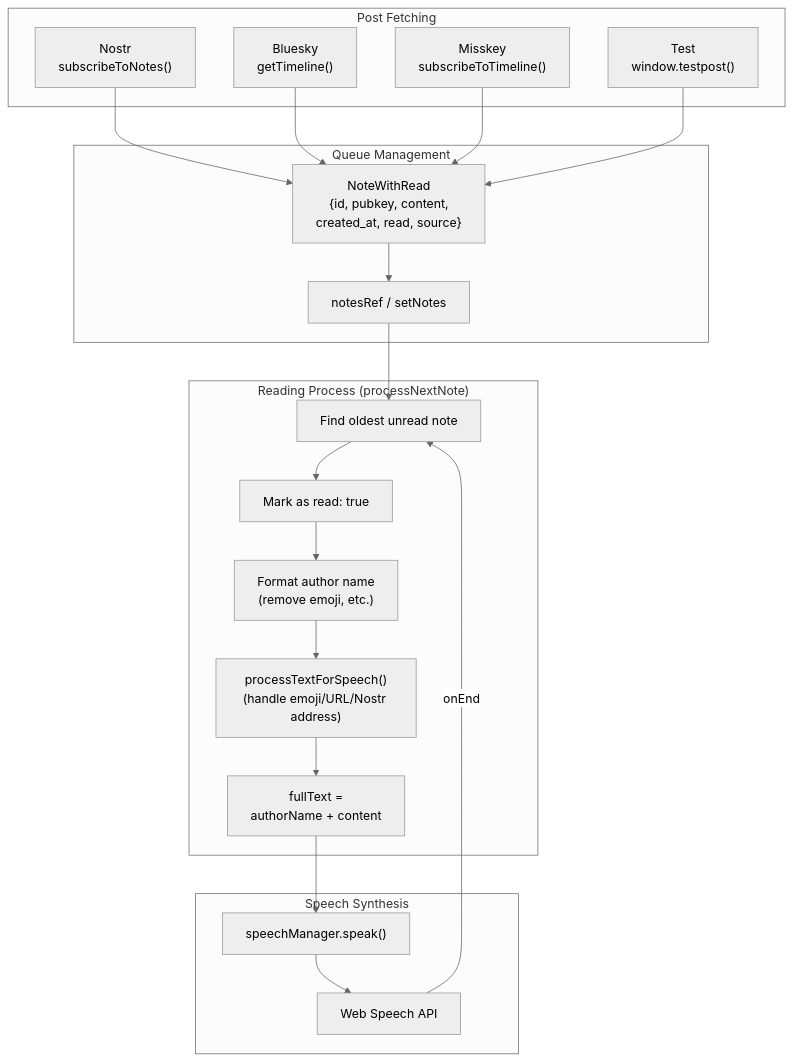
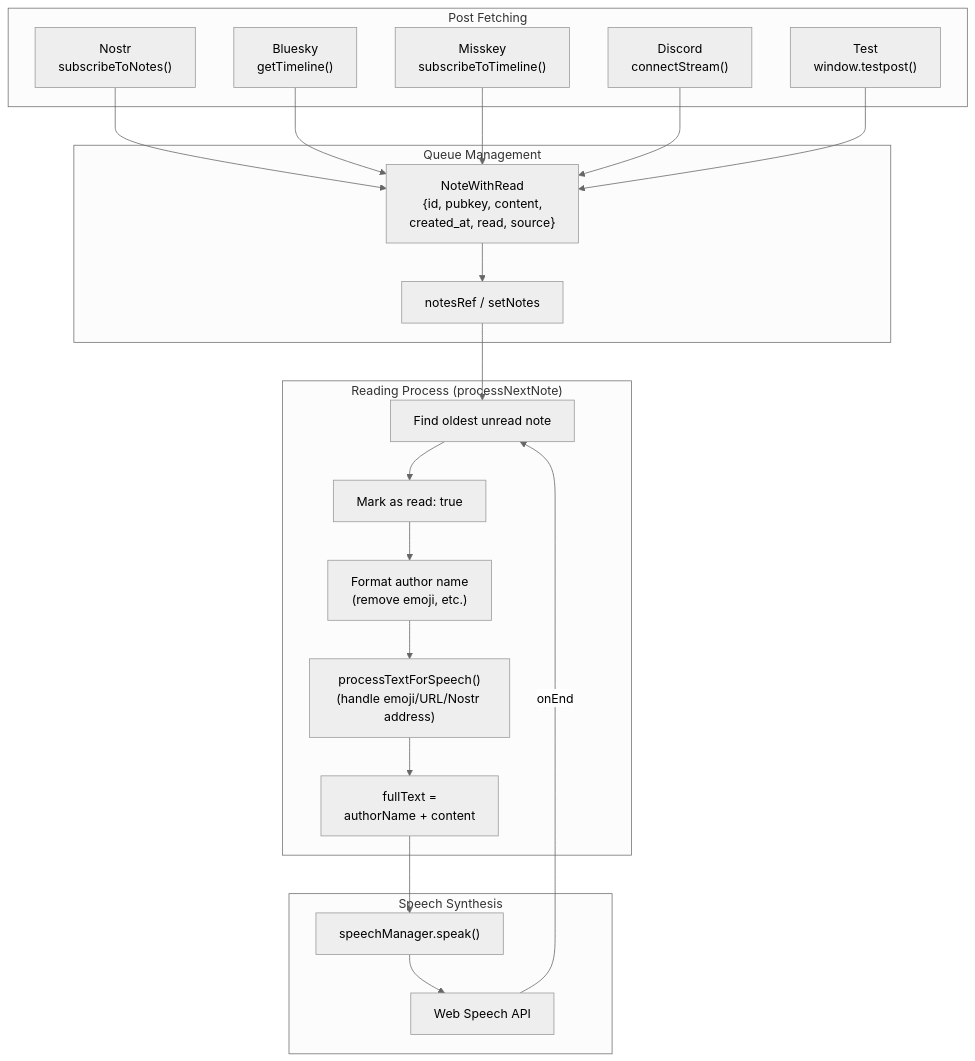
Before and after one commit to koteitan/yomi: the diagram in README.md, drawn with Mermaid (neutral theme). The commit also changed other lines of this file and 3 other files, not shown here.

````diff
--- a/README.md
+++ b/README.md
@@ -123,41 +129,43 @@
 ```mermaid
 flowchart TB
     subgraph Sources["Post Fetching"]
         Nostr["Nostr<br/>subscribeToNotes()"]
         Bluesky["Bluesky<br/>getTimeline()"]
         Misskey["Misskey<br/>subscribeToTimeline()"]
+        Discord["Discord<br/>connectStream()"]
         Test["Test<br/>window.testpost()"]
     end
 
     subgraph Queue["Queue Management"]
         NoteWithRead["NoteWithRead<br/>{id, pubkey, content,<br/>created_at, read, source}"]
         NotesRef["notesRef / setNotes"]
     end
 
     subgraph Processing["Reading Process (processNextNote)"]
         FindUnread["Find oldest unread note"]
         MarkRead["Mark as read: true"]
         FormatAuthor["Format author name<br/>(remove emoji, etc.)"]
         ProcessText["processTextForSpeech()<br/>(handle emoji/URL/Nostr address)"]
         BuildText["fullText =<br/>authorName + content"]
     end
 
     subgraph Speech["Speech Synthesis"]
         SpeechManager["speechManager.speak()"]
         WebSpeechAPI["Web Speech API"]
     end
 
     Nostr --> NoteWithRead
     Bluesky --> NoteWithRead
     Misskey --> NoteWithRead
+    Discord --> NoteWithRead
     Test --> NoteWithRead
     NoteWithRead --> NotesRef
     NotesRef --> FindUnread
     FindUnread --> MarkRead
     MarkRead --> FormatAuthor
     FormatAuthor --> ProcessText
     ProcessText --> BuildText
     BuildText --> SpeechManager
     SpeechManager --> WebSpeechAPI
     WebSpeechAPI -->|onEnd| FindUnread
 ```
````
